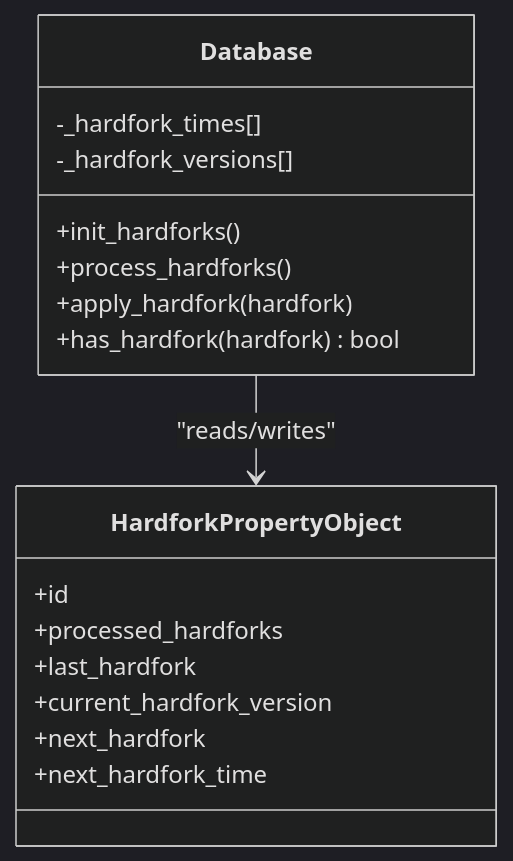
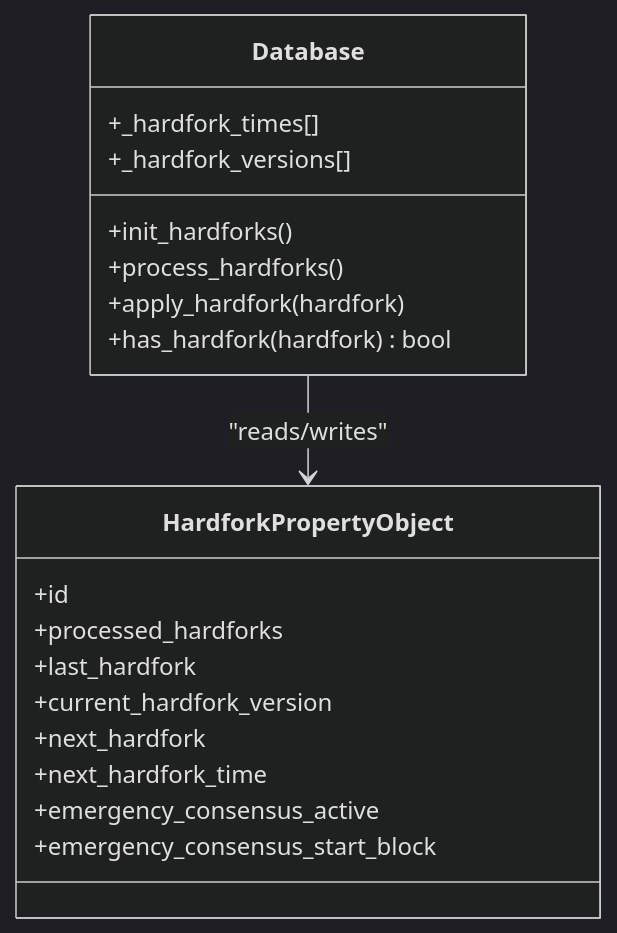
One commit to VIZ-Blockchain/viz-cpp-node changed the third of 7 diagrams in .qoder/repowiki/en/content/Advanced Topics/Hardfork Management.md. Above: the diagram before and after it, drawn with Mermaid (dark theme). The commit also changed other lines of this file and 4 other files, not shown here.

First line of the commit message:
feat(hardfork): add HF12 emergency consensus recovery mechanisms

````diff
--- a/.qoder/repowiki/en/content/Advanced Topics/Hardfork Management.md
+++ b/.qoder/repowiki/en/content/Advanced Topics/Hardfork Management.md
@@ -166,20 +207,22 @@
 ```mermaid
 classDiagram
 class HardforkPropertyObject {
 +id
 +processed_hardforks
 +last_hardfork
 +current_hardfork_version
 +next_hardfork
 +next_hardfork_time
++emergency_consensus_active
++emergency_consensus_start_block
 }
 class Database {
 +init_hardforks()
 +process_hardforks()
 +apply_hardfork(hardfork)
 +has_hardfork(hardfork) bool
--_hardfork_times[]
--_hardfork_versions[]
++_hardfork_times[]
++_hardfork_versions[]
 }
 Database --> HardforkPropertyObject : "reads/writes"
 ```
````
